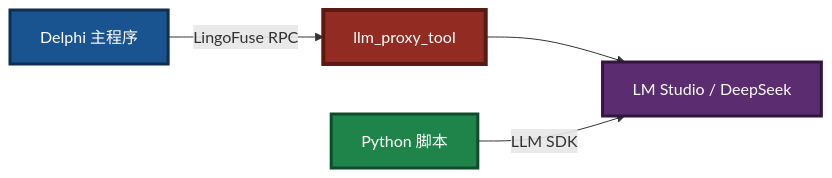
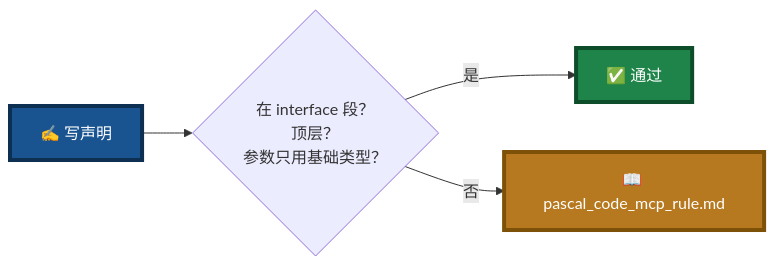
Before and after one commit to PassByYou888/LingoFuse-pasAgent-v3: the fifth of 12 diagrams in Pascal_Integration_Guide.md, drawn with Mermaid. The commit also changed other lines of this file, not shown here.

````diff
--- a/Pascal_Integration_Guide.md
+++ b/Pascal_Integration_Guide.md
@@ -632,12 +143,10 @@
 ```mermaid
 flowchart LR
-    A["Delphi 主程序"] -->|"LingoFuse RPC"| B["llm_proxy_tool"]
-    B --> C["LM Studio / DeepSeek"]
+    A["✍️ 写声明"] --> B{"在 interface 段？<br/>顶层？<br/>参数只用基础类型？"}
+    B -->|"是"| C["✅ 通过"]
+    B -->|"否"| D["📖 pascal_code_mcp_rule.md"]
 
-    D["Python 脚本"] -->|"LLM SDK"| C
-
-    style A fill:#1A5490,stroke:#0D2F52,stroke-width:3px,color:#FFFFFF
-    style B fill:#922B21,stroke:#5A1A14,stroke-width:4px,color:#FFFFFF
-    style D fill:#1E8449,stroke:#0E4D2A,stroke-width:3px,color:#FFFFFF
-    style C fill:#5B2C6F,stroke:#321640,stroke-width:3px,color:#FFFFFF
+    style A fill:#1A5490,stroke:#0D2F52,stroke-width:4px,color:#FFFFFF
+    style C fill:#1E8449,stroke:#0E4D2A,stroke-width:4px,color:#FFFFFF
+    style D fill:#B7791F,stroke:#7E5109,stroke-width:4px,color:#FFFFFF
 ```
````
